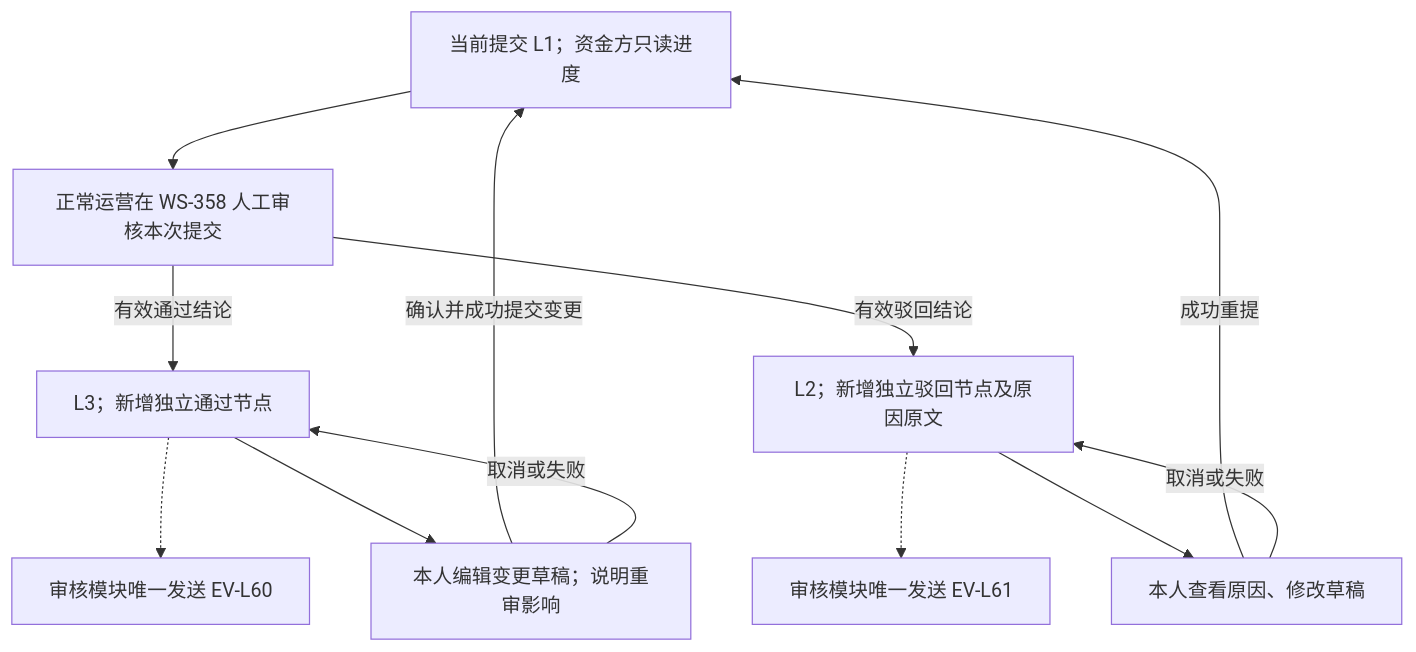
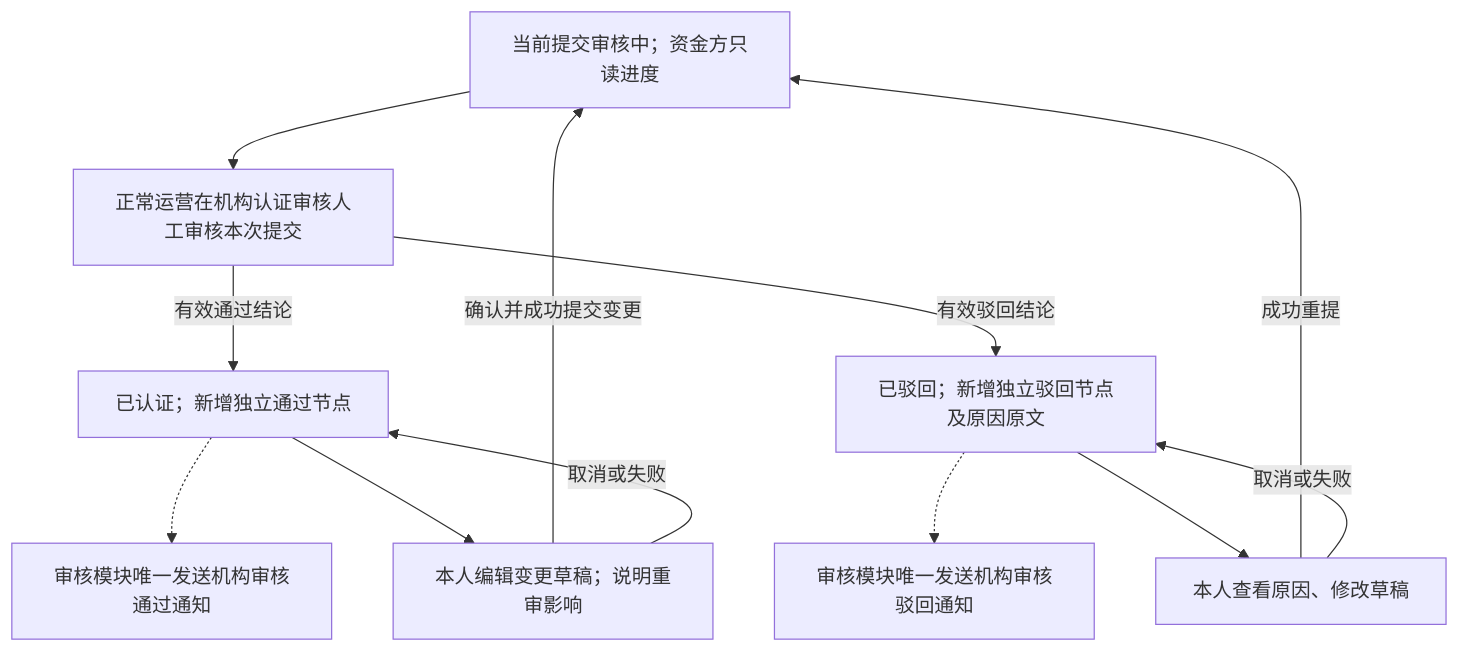
Before and after one commit to wxblockchain/Chain-Financing: the third of 9 diagrams in lending-platform/PRD/v2.0-登录与账户体系/02-资金方登录与账户体系-流程图与状态机.md, drawn with Mermaid. The commit also changed other lines of this file and 2 other files, not shown here.

````diff
--- a/lending-platform/PRD/v2.0-登录与账户体系/02-资金方登录与账户体系-流程图与状态机.md
+++ b/lending-platform/PRD/v2.0-登录与账户体系/02-资金方登录与账户体系-流程图与状态机.md
@@ -77,14 +77,14 @@
 ```mermaid
 flowchart TD
-    A[当前提交 L1；资金方只读进度] --> B[正常运营在 WS-358 人工审核本次提交]
-    B -->|有效通过结论| C[L3；新增独立通过节点]
-    B -->|有效驳回结论| D[L2；新增独立驳回节点及原因原文]
-    C -.-> N[审核模块唯一发送 EV-L60]
-    D -.-> O[审核模块唯一发送 EV-L61]
+    A[当前提交审核中；资金方只读进度] --> B[正常运营在机构认证审核人工审核本次提交]
+    B -->|有效通过结论| C[已认证；新增独立通过节点]
+    B -->|有效驳回结论| D[已驳回；新增独立驳回节点及原因原文]
+    C -.-> N[审核模块唯一发送机构审核通过通知]
+    D -.-> O[审核模块唯一发送机构审核驳回通知]
     D --> E[本人查看原因、修改草稿]
     C --> F[本人编辑变更草稿；说明重审影响]
     E -->|成功重提| A
     F -->|确认并成功提交变更| A
     E -->|取消或失败| D
     F -->|取消或失败| C
 ```
````
